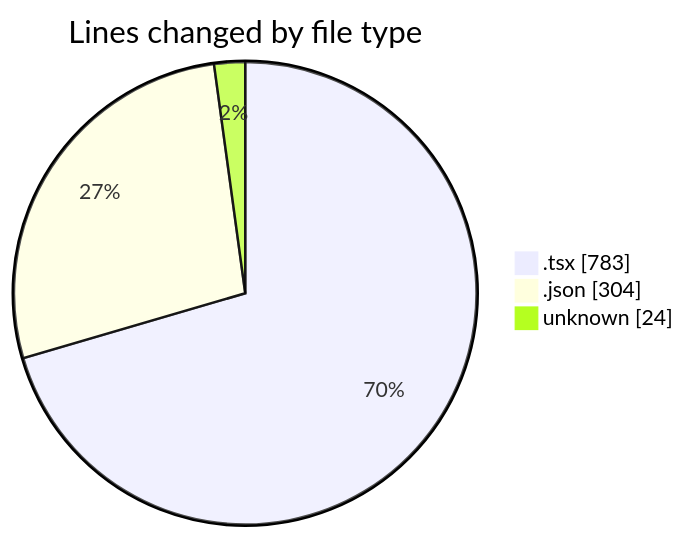
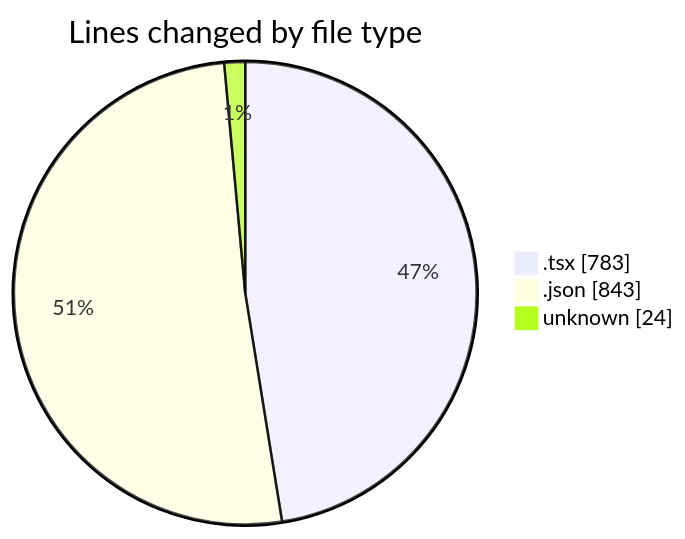
Before and after one commit to EIIisD/code-tracking: the first of 2 diagrams in 2025-07-17/ribbon/README.md, drawn with Mermaid. The commit also changed other lines of this file and 1 other file, not shown here.

````diff
--- a/2025-07-17/ribbon/README.md
+++ b/2025-07-17/ribbon/README.md
@@ -29,7 +30,7 @@
 ```mermaid
 pie showData
 title Lines changed by file type
 ".tsx" : 783
-".json" : 304
+".json" : 843
 "unknown" : 24
 ```
````
